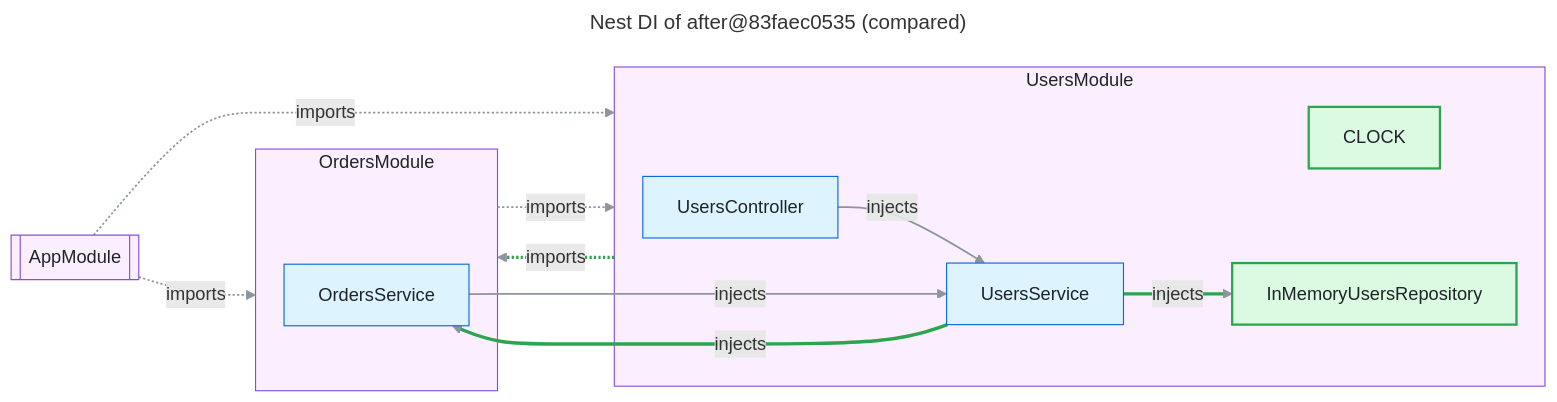
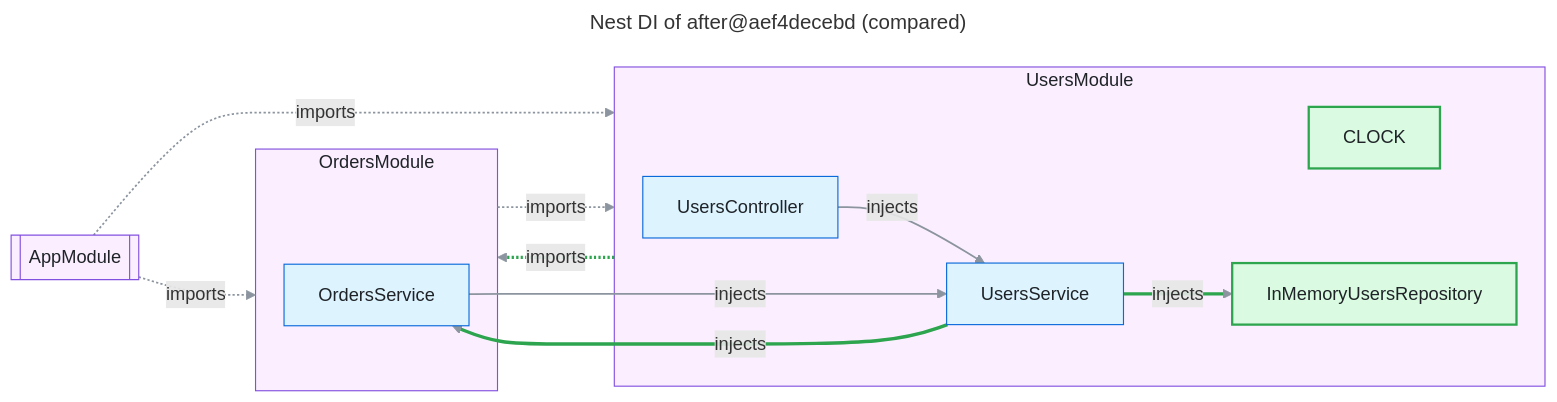
One commit to FullFran/archsieve changed the diagram in examples/nest-shop/nest-compare.mmd. Above: the diagram before and after it, drawn with Mermaid. The commit also changed 26 other files, not shown here.

```diff
--- a/examples/nest-shop/nest-compare.mmd
+++ b/examples/nest-shop/nest-compare.mmd
@@ -1,38 +1,38 @@
 ---
-title: "Nest DI of after@83faec0535 (compared)"
+title: "Nest DI of after@aef4decebd (compared)"
 ---
 flowchart LR
   n1[["AppModule"]]:::module
   subgraph n2["OrdersModule"]
     n4["OrdersService"]:::code
   end
   style n2 fill:#fbefff,stroke:#8250df,color:#1f2328
   subgraph n3["UsersModule"]
     n0["UsersController"]:::code
     n5["CLOCK"]:::added
     n6["InMemoryUsersRepository"]:::added
     n7["UsersService"]:::code
   end
   style n3 fill:#fbefff,stroke:#8250df,color:#1f2328
   n0 -->|"injects"| n7
   n1 -.->|"imports"| n2
   n1 -.->|"imports"| n3
   n2 -.->|"imports"| n3
   n3 -.->|"imports"| n2
   n4 -->|"injects"| n7
   n7 -->|"injects"| n4
   n7 -->|"injects"| n6
   linkStyle default stroke:#8c959f,stroke-width:1.5px
   linkStyle 4 stroke:#2da44e,stroke-width:3px
   linkStyle 6 stroke:#2da44e,stroke-width:3px
   linkStyle 7 stroke:#2da44e,stroke-width:3px
   classDef code fill:#ddf4ff,stroke:#0969da,color:#1f2328
   classDef external fill:#fff8c5,stroke:#9a6700,color:#1f2328
   classDef module fill:#fbefff,stroke:#8250df,color:#1f2328
   classDef added fill:#dafbe1,stroke:#2da44e,stroke-width:2px,color:#1f2328
   classDef removed fill:#ffebe9,stroke:#cf222e,stroke-dasharray:4 3,color:#1f2328
   classDef boundary fill:#f6f8fa,stroke:#57606a,stroke-dasharray:6 4,color:#1f2328
   classDef container fill:#ddf4ff,stroke:#0969da,stroke-width:2px,color:#1f2328
   classDef unverified fill:#ffffff,stroke:#0969da,stroke-width:2px,stroke-dasharray:5 3,color:#1f2328
   classDef undeclared fill:#fff1e5,stroke:#bc4c00,stroke-width:2px,color:#1f2328
   classDef focus fill:#ddf4ff,stroke:#0969da,stroke-width:4px,color:#1f2328
```
